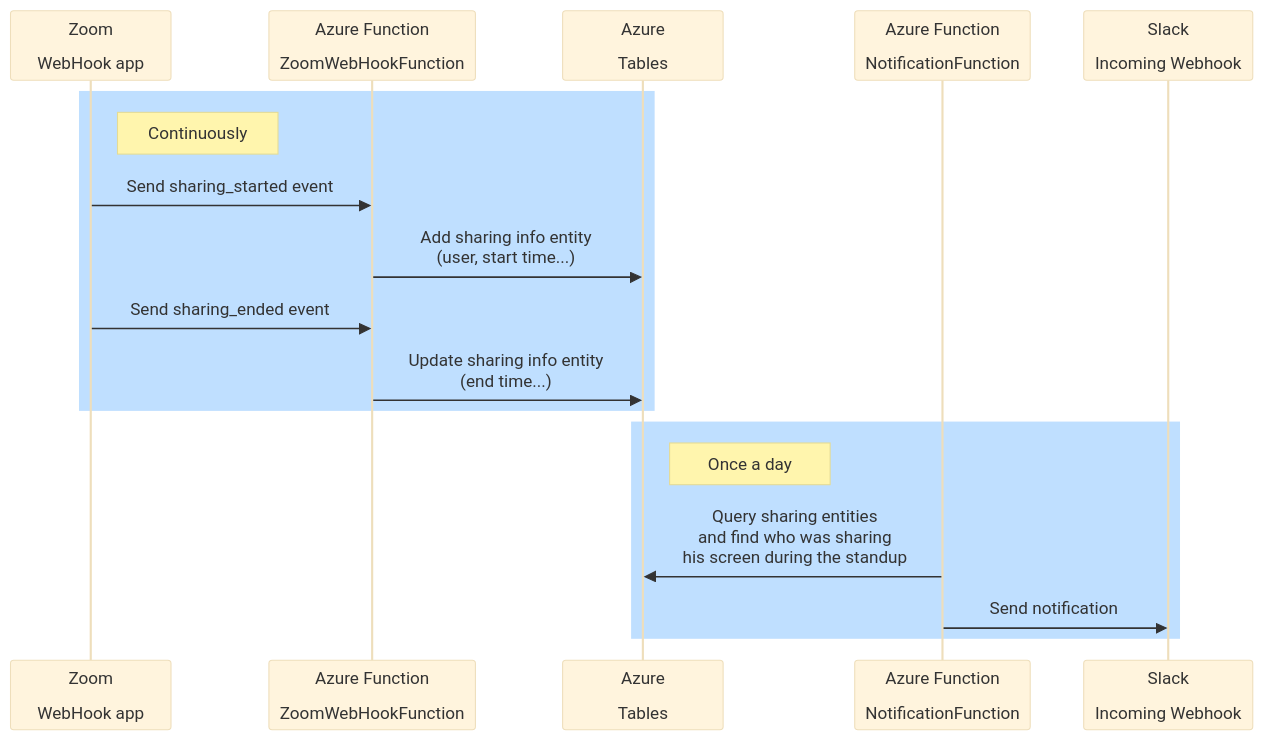
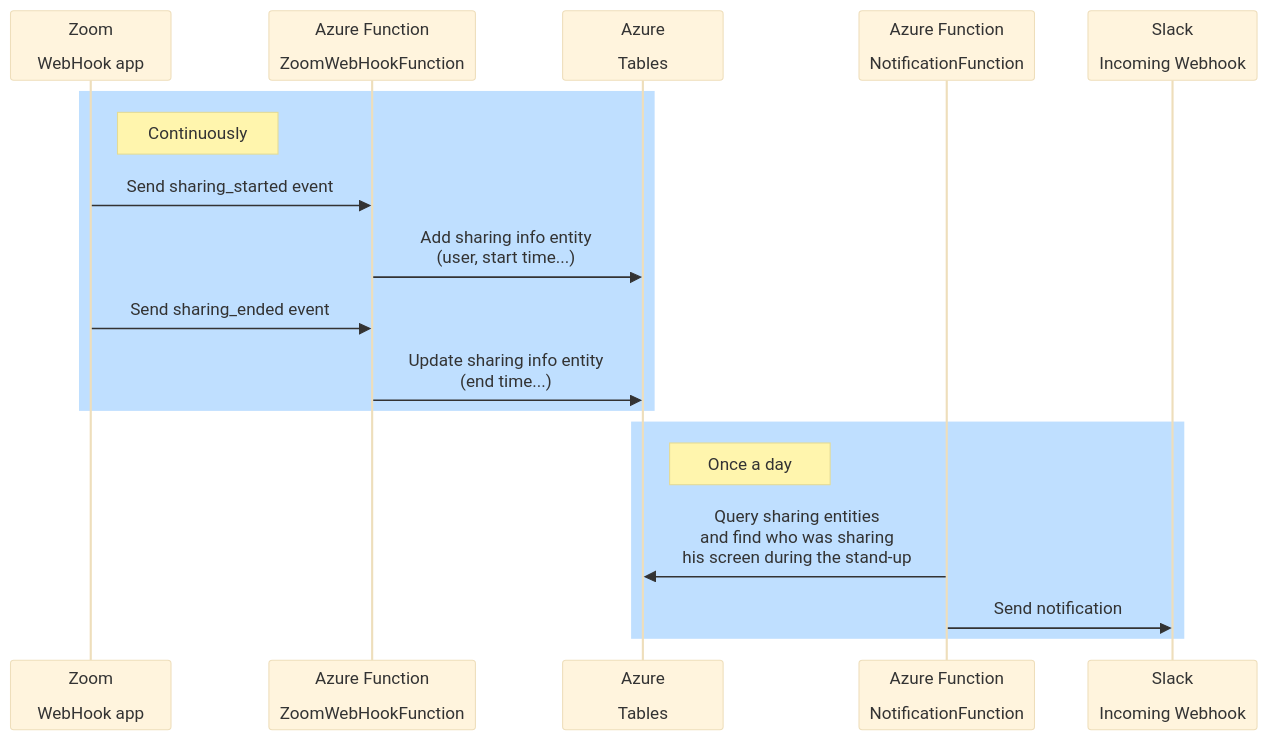
One commit to gpailler/CestKiKi changed the diagram in README.md. Above: the diagram before and after it, drawn with Mermaid (base theme). The commit also changed other lines of this file, not shown here.

````diff
--- a/README.md
+++ b/README.md
@@ -15,20 +17,20 @@
 ```mermaid
 sequenceDiagram
   participant A as Zoom<br><br>WebHook app
   participant B as Azure Function<br><br>ZoomWebHookFunction
   participant C as Azure<br><br>Tables
   participant D as Azure Function<br><br>NotificationFunction
   participant E as Slack<br><br>Incoming Webhook
   rect rgb(191, 223, 255)
     note right of A: Continuously
     A->>B: Send sharing_started event
     B->>C: Add sharing info entity<br>(user, start time...)
     A->>B: Send sharing_ended event
     B->>C: Update sharing info entity<br>(end time...)
   end
   rect rgb(191, 223, 255)
     note right of C: Once a day
-    D->>C: Query sharing entities<br>and find who was sharing<br>his screen during the standup
+    D->>C: Query sharing entities<br>and find who was sharing<br>his screen during the stand-up
     D->>E: Send notification
   end
 ```
````
